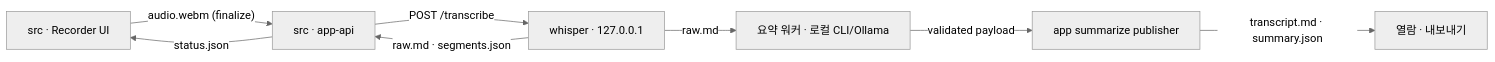
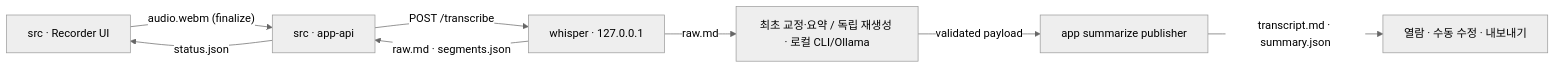
One commit to mimpp92-dotco/ai-note changed the diagram in docs/ARCHITECTURE.md. Above: the diagram before and after it, drawn with Mermaid (neutral theme). The commit also changed other lines of this file and 7 other files, not shown here.

Commit message:
feat(manual-transcript-and-summary-editing): phase 7 — docs-adr-and-final-contract

````diff
--- a/docs/ARCHITECTURE.md
+++ b/docs/ARCHITECTURE.md
@@ -43,10 +43,10 @@
 ```mermaid
 flowchart LR
     UI["src · Recorder UI"] -->|"audio.webm (finalize)"| API["src · app-api"]
     API -->|"POST /transcribe"| W["whisper · 127.0.0.1"]
     W -->|"raw.md · segments.json"| API
     API -->|status.json| UI
-    W -->|raw.md| SUM["요약 워커 · 로컬 CLI/Ollama"]
+    W -->|raw.md| SUM["최초 교정·요약 / 독립 재생성 · 로컬 CLI/Ollama"]
     SUM -->|validated payload| PUB["app summarize publisher"]
-    PUB -->|"transcript.md · summary.json"| V["열람 · 내보내기"]
+    PUB -->|"transcript.md · summary.json"| V["열람 · 수동 수정 · 내보내기"]
 ```
````
